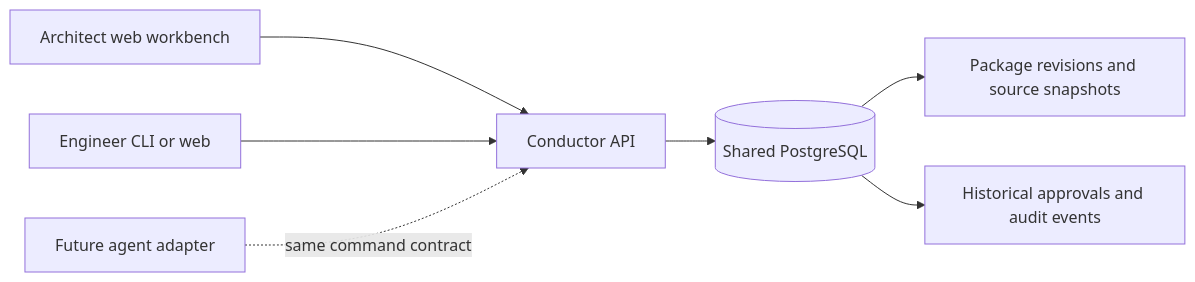
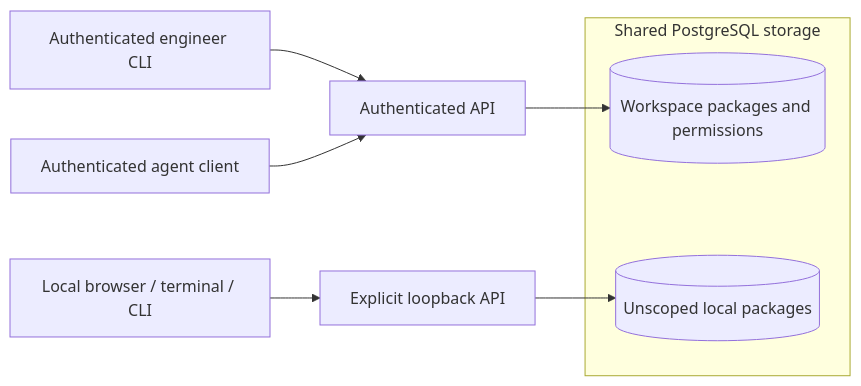
Before and after one commit to phenixrizen/conductor: the diagram in docs/architecture/collaboration.md, drawn with Mermaid. The commit also changed other lines of this file and 15 other files, not shown here.

````diff
--- a/docs/architecture/collaboration.md
+++ b/docs/architecture/collaboration.md
@@ -21,9 +21,12 @@
 ```mermaid
 flowchart LR
-    Architect[Architect web workbench] --> API[Conductor API]
-    Engineer[Engineer CLI or web] --> API
-    Agent[Future agent adapter] -. same command contract .-> API
-    API --> DB[(Shared PostgreSQL)]
-    DB --> Revisions[Package revisions and source snapshots]
-    DB --> Reviews[Historical approvals and audit events]
+    Human[Authenticated engineer CLI] --> Shared[Authenticated API]
+    Agent[Authenticated agent client] --> Shared
+    Local[Local browser / terminal / CLI] --> LocalAPI[Explicit loopback API]
+    Shared --> Scoped[(Workspace packages and permissions)]
+    LocalAPI --> Legacy[(Unscoped local packages)]
+    subgraph PostgreSQL[Shared PostgreSQL storage]
+        Scoped
+        Legacy
+    end
 ```
````
